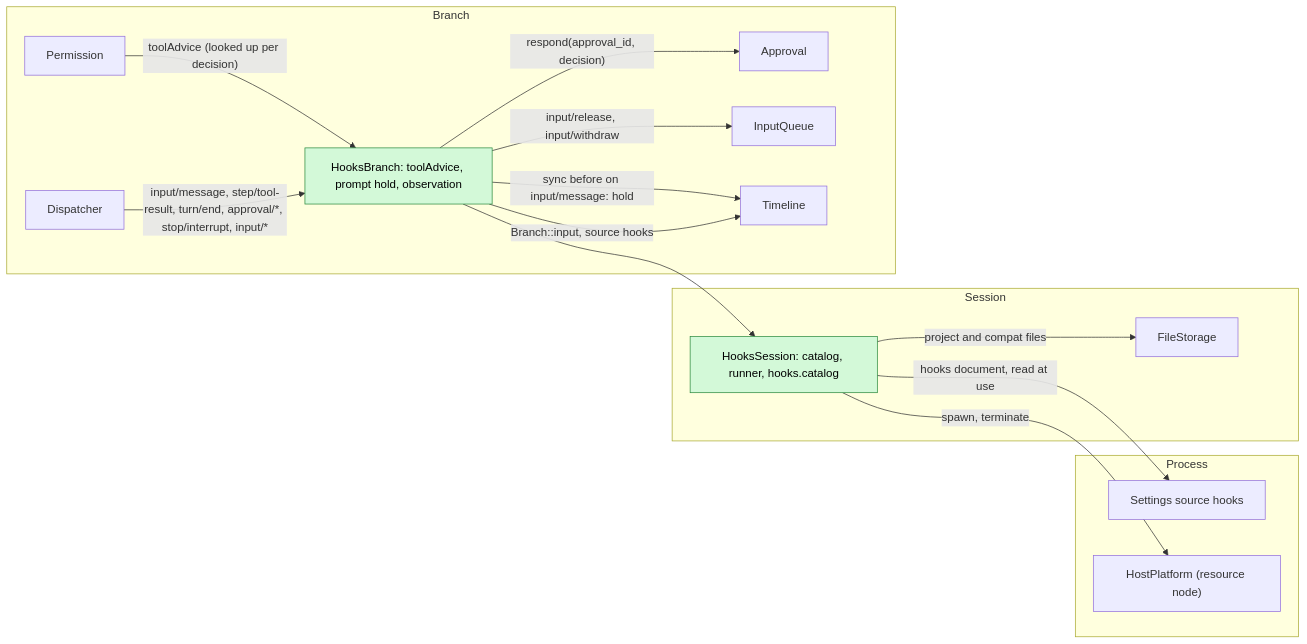
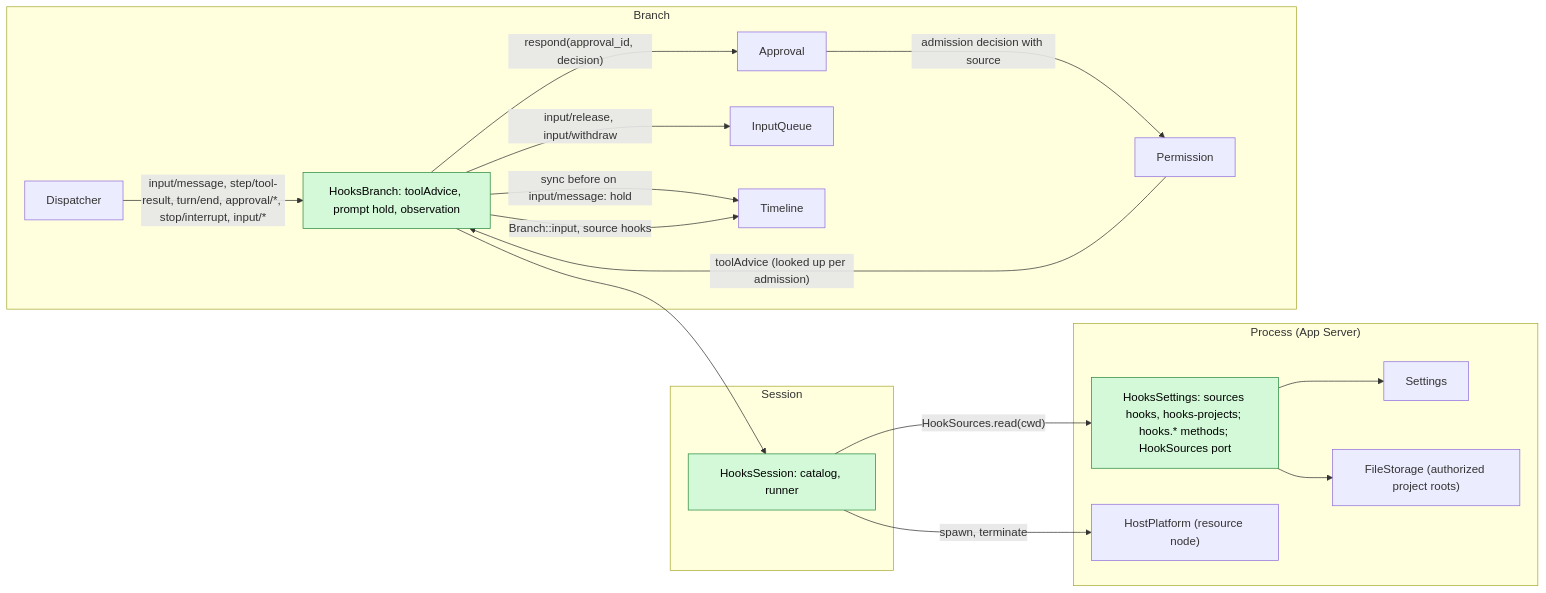
One commit to CoutinhoTTS/dim-agent changed the first of 6 diagrams in docs/design/plugins/Hooks.md. Above: the diagram before and after it, drawn with Mermaid. The commit also changed other lines of this file and 3 other files, not shown here.

First line of the commit message:
docs(hooks): check hook points against owners and bring Hooks to a Ready candidate

````diff
--- a/docs/design/plugins/Hooks.md
+++ b/docs/design/plugins/Hooks.md
@@ -21,30 +38,33 @@
 ```mermaid
 flowchart LR
-  subgraph PROC["Process"]
-    Settings["Settings source hooks"]
+  subgraph PROC["Process (App Server)"]
+    HSet["HooksSettings: sources hooks, hooks-projects; hooks.* methods; HookSources port"]:::new
+    Settings["Settings"]
+    FS["FileStorage (authorized project roots)"]
     HP["HostPlatform (resource node)"]
   end
   subgraph SESS["Session"]
-    HS["HooksSession: catalog, runner, hooks.catalog"]:::new
-    FS["FileStorage"]
+    HS["HooksSession: catalog, runner"]:::new
   end
   subgraph BR["Branch"]
     HB["HooksBranch: toolAdvice, prompt hold, observation"]:::new
+    AP["Approval"]
     PM["Permission"]
-    AP["Approval"]
     IQ["InputQueue"]
     TL["Timeline"]
     DP["Dispatcher"]
   end
-  HS -->|"hooks document, read at use"| Settings
-  HS -->|"project and compat files"| FS
+  HSet --> Settings
+  HSet --> FS
+  HS -->|"HookSources.read(cwd)"| HSet
   HS -->|"spawn, terminate"| HP
   HB --> HS
-  PM -->|"toolAdvice (looked up per decision)"| HB
+  AP -->|"admission decision with source"| PM
+  PM -->|"toolAdvice (looked up per admission)"| HB
   HB -->|"respond(approval_id, decision)"| AP
   HB -->|"input/release, input/withdraw"| IQ
   HB -->|"sync before on input/message: hold"| TL
   HB -->|"Branch::input, source hooks"| TL
   DP -->|"input/message, step/tool-result, turn/end, approval/*, stop/interrupt, input/*"| HB
   classDef new fill:#d3f9d8,stroke:#2b8a3e,color:#000
 ```
````
